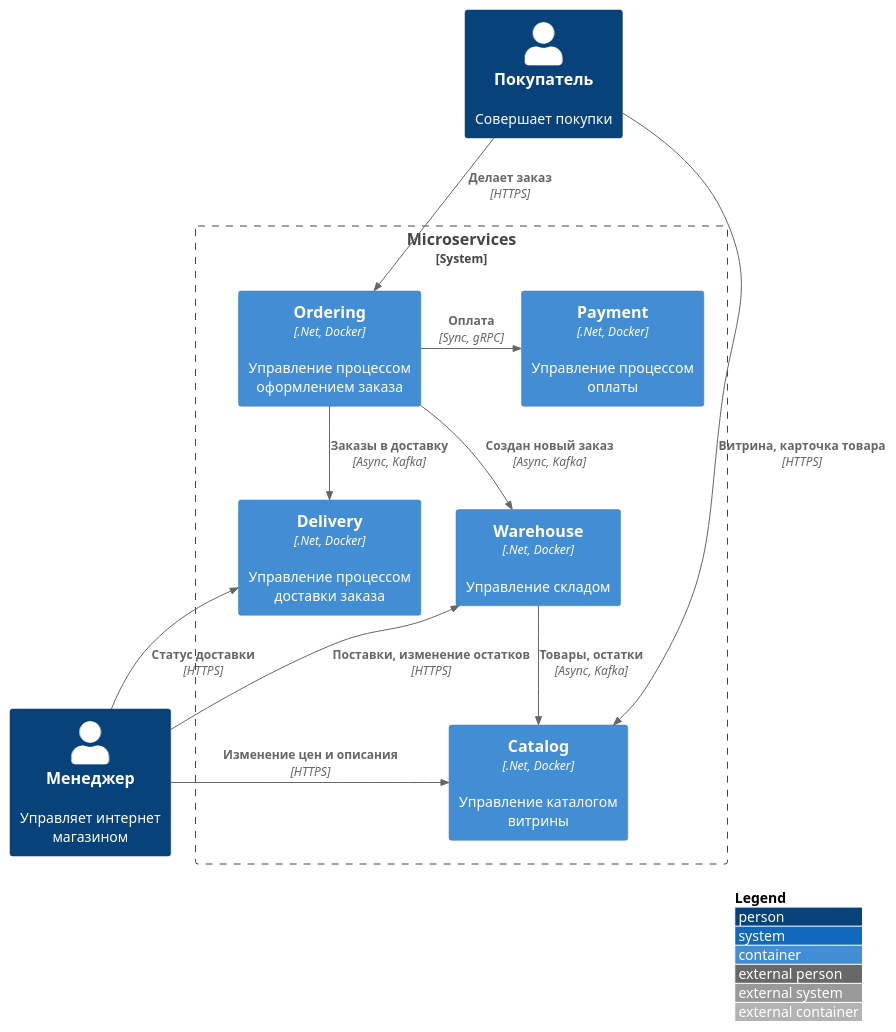
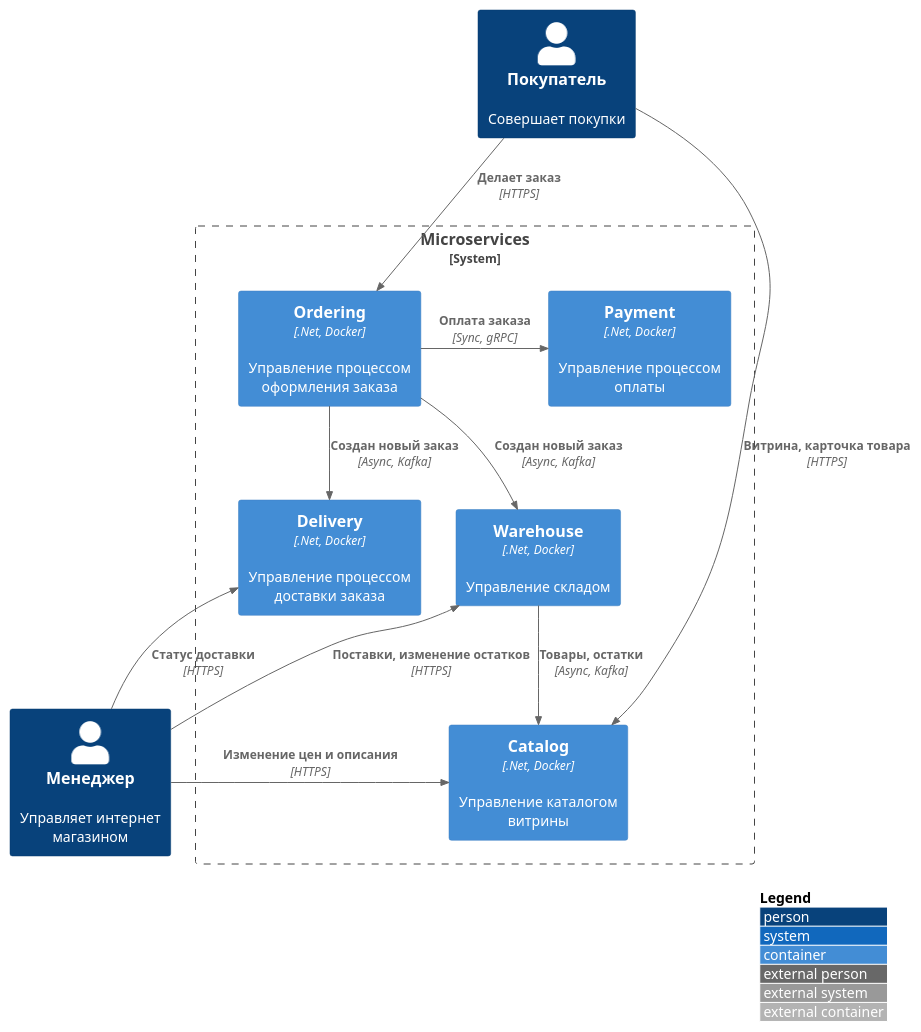
The third of 4 diagrams in README.md (gerzhan/knigaexpert-system-design), drawn with PlantUML before and after one commit. The commit also changed other lines of this file and 8 other files, not shown here.

````diff
--- a/README.md
+++ b/README.md
@@ -79,33 +79,33 @@
 ```plantuml
 !include https://raw.githubusercontent.com/plantuml-stdlib/C4-PlantUML/master/C4_Container.puml
 
 skinparam wrapWidth 200
 skinparam maxMessageSize 200
 
 LAYOUT_TOP_DOWN()
 LAYOUT_WITH_LEGEND()
 
 Person(customer, Покупатель, "Совершает покупки")
 Person(manager, Менеджер, "Управляет интернет магазином")
 System_Boundary(microservices, "Microservices") {
-  Container(ordering, "Ordering", ".Net, Docker", "Управление процессом оформлением заказа")
+  Container(ordering, "Ordering", ".Net, Docker", "Управление процессом оформления заказа")
   Rel(customer, ordering, "Делает заказ", "HTTPS")  
 
   Container(warehouse, "Warehouse", ".Net, Docker", "Управление складом")
   Rel(ordering, warehouse, "Создан новый заказ", "Async, Kafka")
   Rel(manager, warehouse, "Поставки, изменение остатков", "HTTPS")
 
   Container(catalog, "Catalog", ".Net, Docker", "Управление каталогом витрины")
   Rel(warehouse, catalog, "Товары, остатки", "Async, Kafka")
   Rel(customer, catalog, "Витрина, карточка товара", "HTTPS")
   Rel_U(manager, catalog, "Изменение цен и описания", "HTTPS")
 
   Container(payment, "Payment", ".Net, Docker", "Управление процессом оплаты")
-  Rel_R(ordering, payment, "Оплата", "Sync, gRPC")
+  Rel_R(ordering, payment, "Оплата заказа", "Sync, gRPC")
 
   Container(delivery, "Delivery", ".Net, Docker", "Управление процессом доставки заказа")
-  Rel(ordering, delivery, "Заказы в доставку", "Async, Kafka")
+  Rel(ordering, delivery, "Создан новый заказ", "Async, Kafka")
   Rel_U(manager, delivery, "Статус доставки", "HTTPS")
   Lay_L(microservices,manager)
 }
 ```
````
